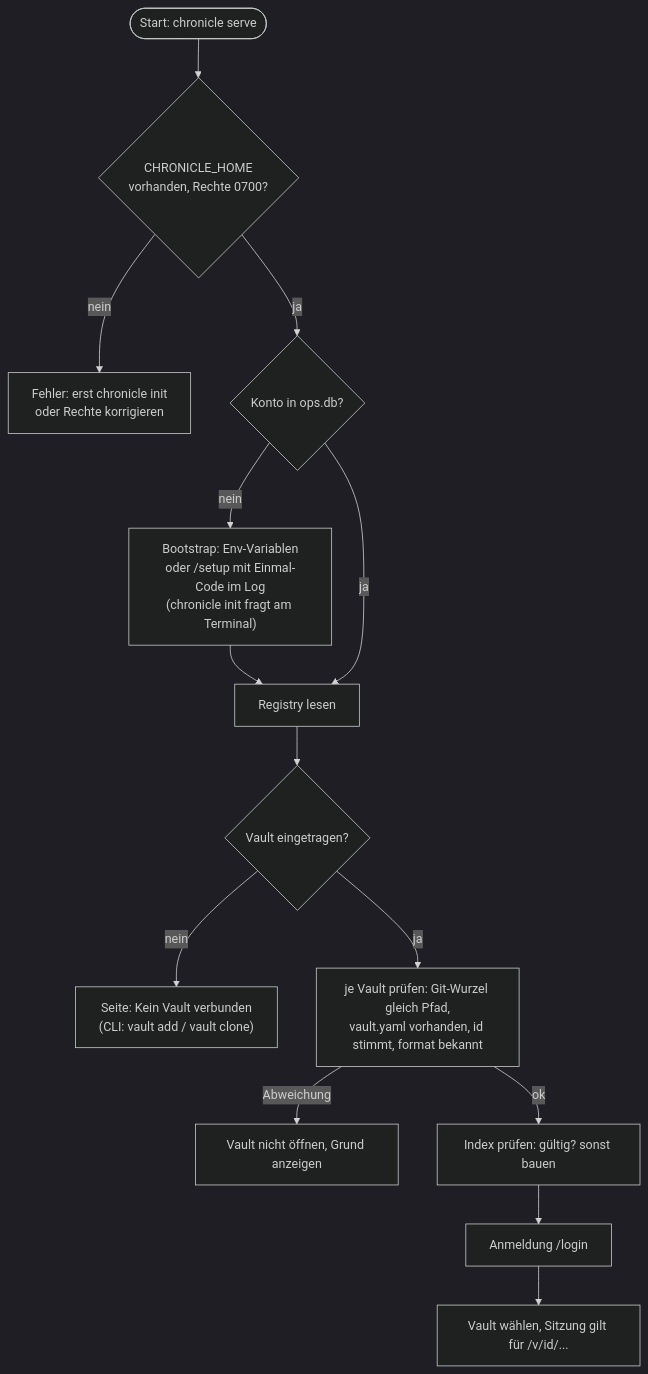
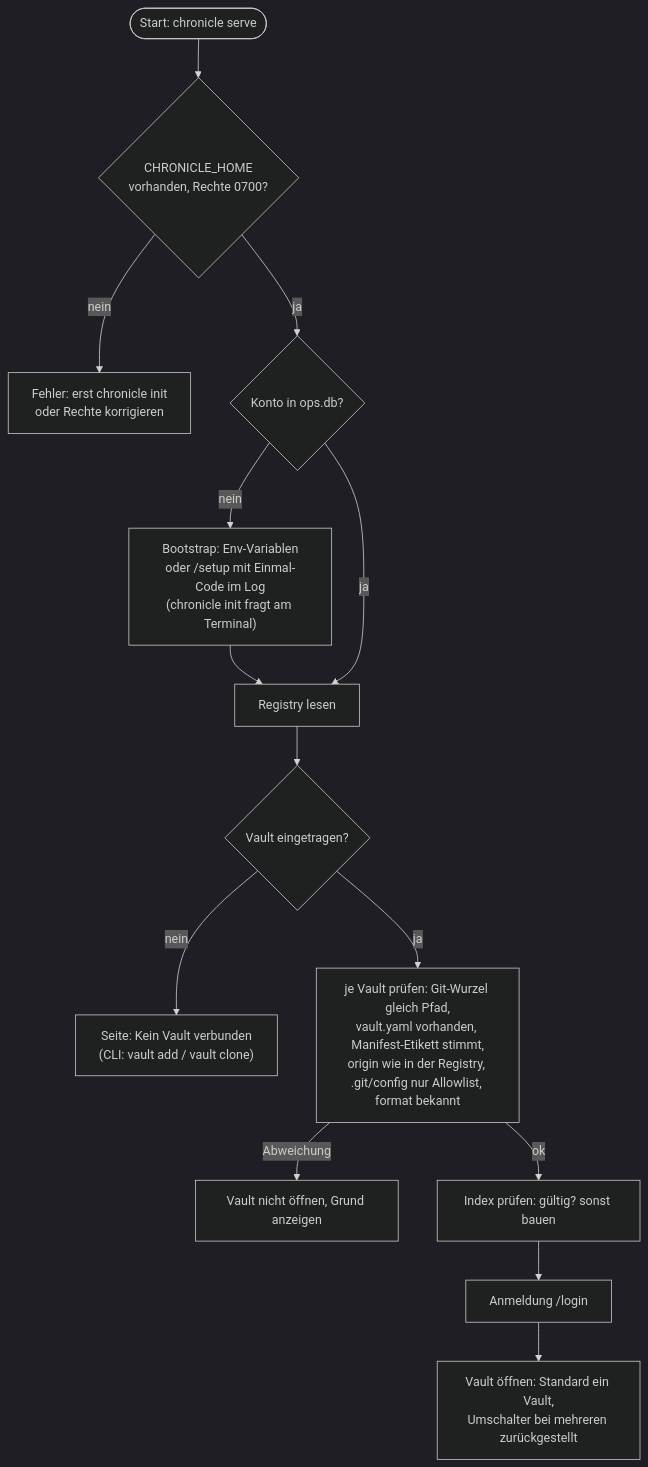
One commit to JoePhanDro/Chronicle-as-Code changed the third of 4 diagrams in docs/architecture/vault-git.md. Above: the diagram before and after it, drawn with Mermaid (dark theme). The commit also changed other lines of this file and 12 other files, not shown here.

````diff
--- a/docs/architecture/vault-git.md
+++ b/docs/architecture/vault-git.md
@@ -119,16 +119,16 @@
 ```mermaid
 flowchart TD
   S0([Start: chronicle serve]) --> S1{CHRONICLE_HOME<br/>vorhanden, Rechte 0700?}
   S1 -- nein --> S1a[Fehler: erst chronicle init<br/>oder Rechte korrigieren]
   S1 -- ja --> S2{Konto in ops.db?}
   S2 -- nein --> S2a["Bootstrap: Env-Variablen<br/>oder /setup mit Einmal-Code im Log<br/>(chronicle init fragt am Terminal)"]
   S2a --> S3
   S2 -- ja --> S3[Registry lesen]
   S3 --> S4{Vault eingetragen?}
   S4 -- nein --> S4a["Seite: Kein Vault verbunden<br/>(CLI: vault add / vault clone)"]
-  S4 -- ja --> S5["je Vault prüfen: Git-Wurzel gleich Pfad,<br/>vault.yaml vorhanden, id stimmt, format bekannt"]
+  S4 -- ja --> S5["je Vault prüfen: Git-Wurzel gleich Pfad,<br/>vault.yaml vorhanden, Manifest-Etikett stimmt,<br/>origin wie in der Registry, .git/config nur Allowlist, format bekannt"]
   S5 -- Abweichung --> S5a[Vault nicht öffnen, Grund anzeigen]
   S5 -- ok --> S6[Index prüfen: gültig? sonst bauen]
   S6 --> S7[Anmeldung /login]
-  S7 --> S8[Vault wählen, Sitzung gilt für /v/id/...]
+  S7 --> S8[Vault öffnen: Standard ein Vault,<br/>Umschalter bei mehreren zurückgestellt]
 ```
````
